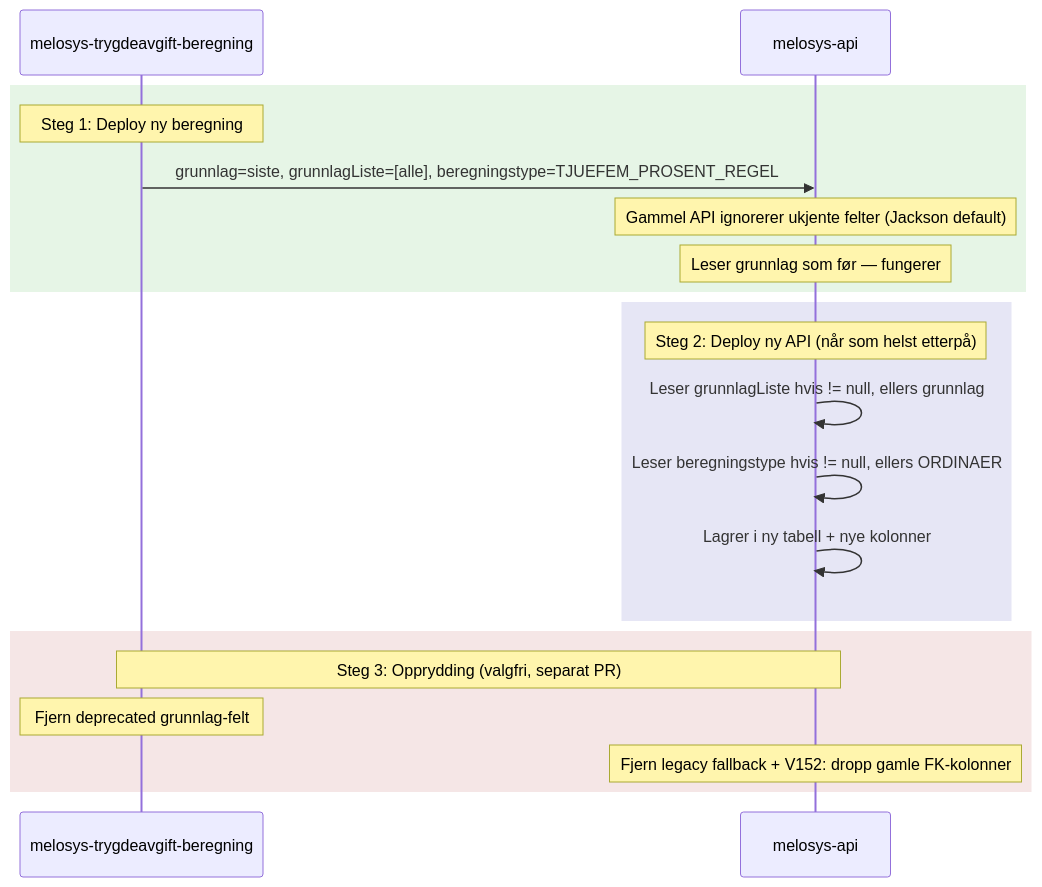
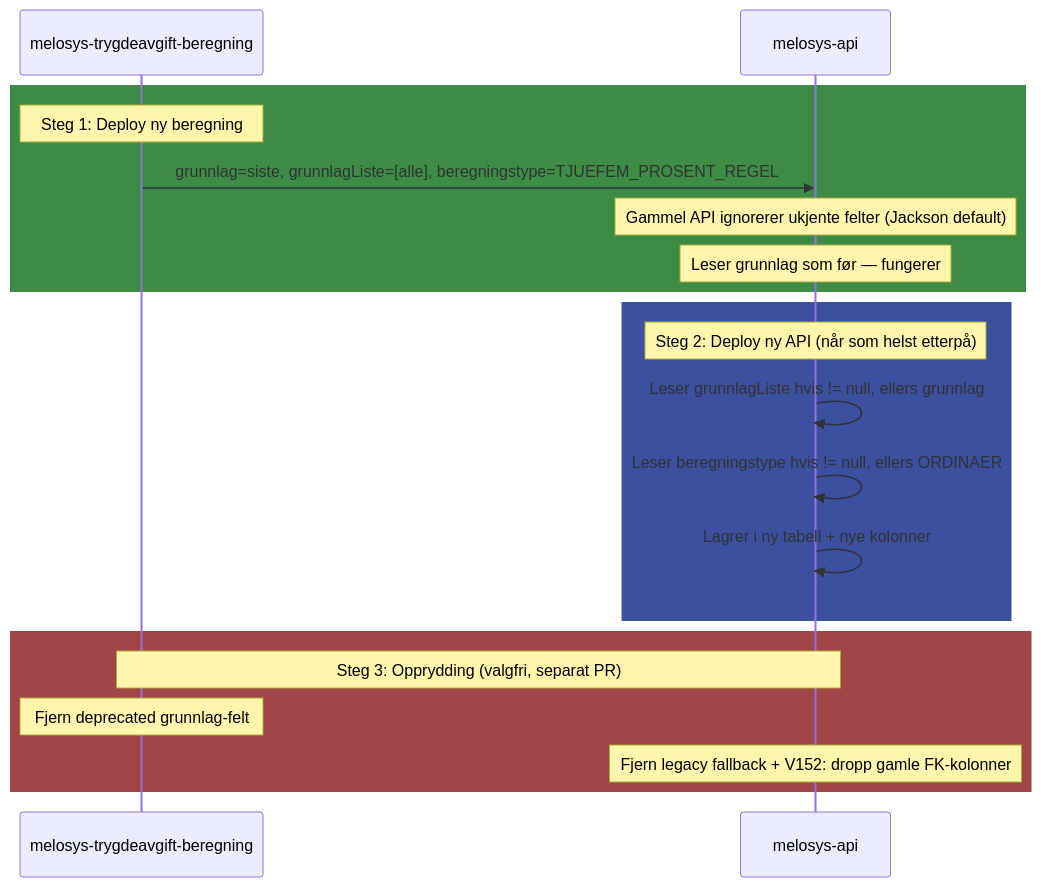
Before and after one commit to navikt/melosys-api: the third of 6 diagrams in docs/MELOSYS-7588-implementeringsplan.md, drawn with Mermaid. The commit also changed other lines of this file, not shown here.

First line of the commit message:
Fiks mermaid-diagramfarger for dark/light mode

````diff
--- a/docs/MELOSYS-7588-implementeringsplan.md
+++ b/docs/MELOSYS-7588-implementeringsplan.md
@@ -137,25 +137,25 @@
 ```mermaid
 sequenceDiagram
     participant BEREGN as melosys-trygdeavgift-beregning
     participant API as melosys-api
 
-    rect rgb(230, 245, 230)
+    rect rgb(60, 140, 70)
     Note over BEREGN: Steg 1: Deploy ny beregning
     BEREGN->>API: grunnlag=siste, grunnlagListe=[alle], beregningstype=TJUEFEM_PROSENT_REGEL
     Note over API: Gammel API ignorerer ukjente felter (Jackson default)
     Note over API: Leser grunnlag som før — fungerer
     end
 
-    rect rgb(230, 230, 245)
+    rect rgb(60, 80, 160)
     Note over API: Steg 2: Deploy ny API (når som helst etterpå)
     API->>API: Leser grunnlagListe hvis != null, ellers grunnlag
     API->>API: Leser beregningstype hvis != null, ellers ORDINAER
     API->>API: Lagrer i ny tabell + nye kolonner
     end
 
-    rect rgb(245, 230, 230)
+    rect rgb(160, 70, 70)
     Note over BEREGN,API: Steg 3: Opprydding (valgfri, separat PR)
     Note over BEREGN: Fjern deprecated grunnlag-felt
     Note over API: Fjern legacy fallback + V152: dropp gamle FK-kolonner
     end
 ```
````
